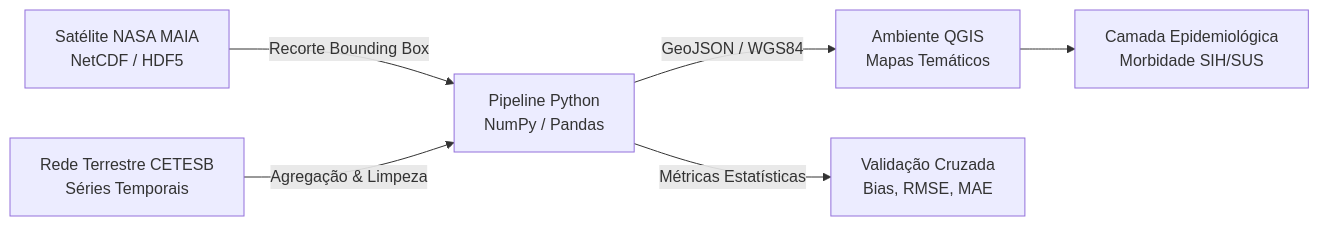
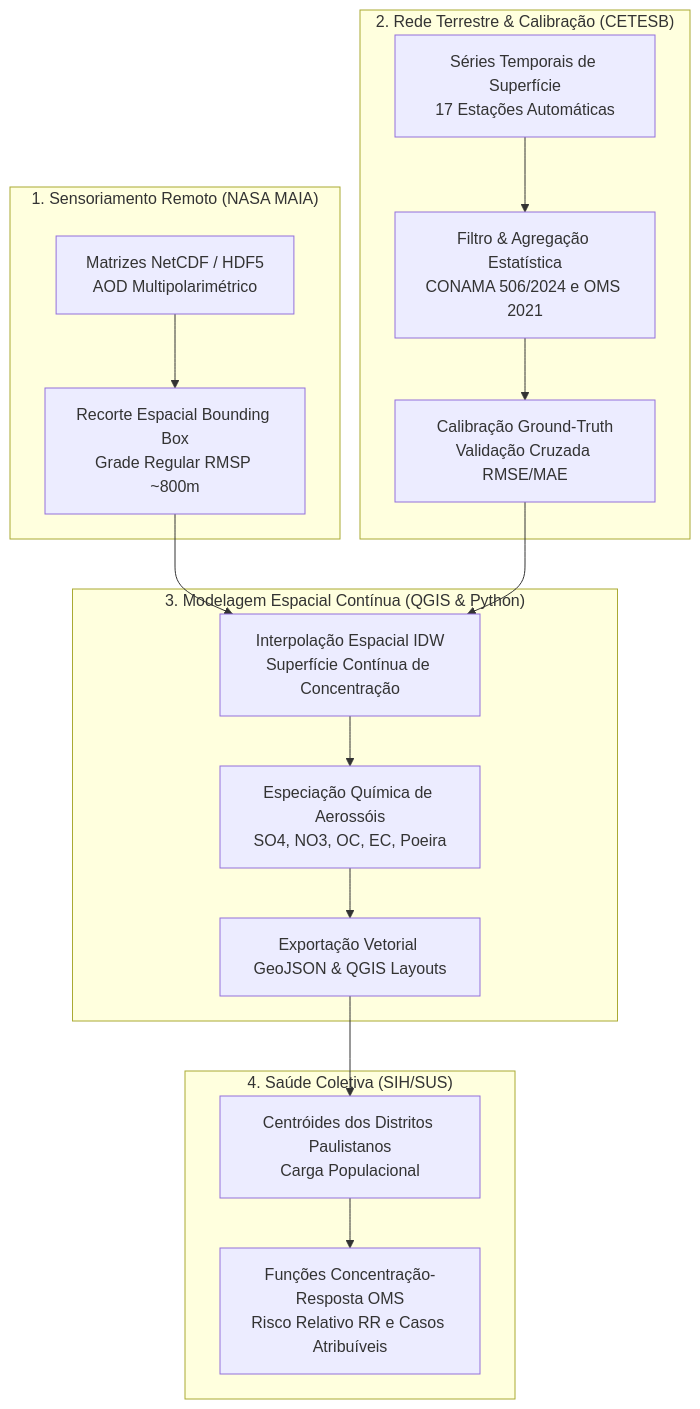
One commit to f1scher01/cetesb-air-quality-sp changed the diagram in README.md. Above: the diagram before and after it, drawn with Mermaid. The commit also changed other lines of this file and 6 other files, not shown here.

Commit message:
feat: motor geoespacial avancado, interpolacao IDW e modelagem epidemiologica SIH/SUS

````diff
--- a/README.md
+++ b/README.md
@@ -23,8 +20,22 @@
 ```mermaid
-flowchart LR
-    A[Satélite NASA MAIA<br>NetCDF / HDF5] -->|Recorte Bounding Box| C[Pipeline Python<br>NumPy / Pandas]
-    B[Rede Terrestre CETESB<br>Séries Temporais] -->|Agregação & Limpeza| C
-    C -->|GeoJSON / WGS84| D[Ambiente QGIS<br>Mapas Temáticos]
-    C -->|Métricas Estatísticas| E[Validação Cruzada<br>Bias, RMSE, MAE]
-    D --> F[Camada Epidemiológica<br>Morbidade SIH/SUS]
+flowchart TD
+    subgraph SATELLITE["1. Sensoriamento Remoto (NASA MAIA)"]
+        A[Matrizes NetCDF / HDF5<br>AOD Multipolarimétrico] --> B[Recorte Espacial Bounding Box<br>Grade Regular RMSP ~800m]
+    end
+
+    subgraph SURFACE["2. Rede Terrestre & Calibração (CETESB)"]
+        C[Séries Temporais de Superfície<br>17 Estações Automáticas] --> D[Filtro & Agregação Estatística<br>CONAMA 506/2024 e OMS 2021]
+        D --> E[Calibração Ground-Truth<br>Validação Cruzada RMSE/MAE]
+    end
+
+    subgraph GIS["3. Modelagem Espacial Contínua (QGIS & Python)"]
+        B & E --> F[Interpolação Espacial IDW<br>Superfície Contínua de Concentração]
+        F --> G[Especiação Química de Aerossóis<br>SO4, NO3, OC, EC, Poeira]
+        G --> H[Exportação Vetorial GeoJSON & QGIS Layouts]
+    end
+
+    subgraph HEALTH["4. Saúde Coletiva (SIH/SUS)"]
+        H --> I[Centróides dos Distritos Paulistanos<br>Carga Populacional]
+        I --> J[Funções Concentração-Resposta OMS<br>Risco Relativo RR e Casos Atribuíveis]
+    end
 ```
````
